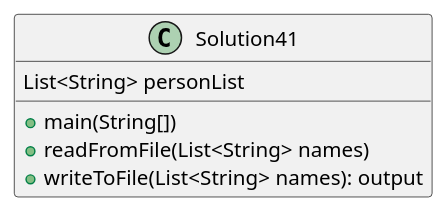
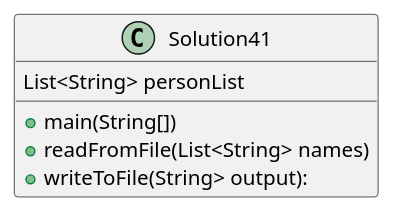
Before and after one commit to nader-fares/fares-a04: the diagram in exercise41/docs/main.puml, drawn with PlantUML. The commit also changed 20 other files, not shown here.

```diff
--- a/exercise41/docs/main.puml
+++ b/exercise41/docs/main.puml
@@ -1,12 +1,12 @@
 @startuml
 'https://plantuml.com/sequence-diagram
 class Solution41 {
 +main(String[])
 List<String> personList
 'Collections.sort(personList)
 +readFromFile(List<String> names)
-+writeToFile(List<String> names): output
++writeToFile(String> output):
 }
 
 
 @enduml
```
